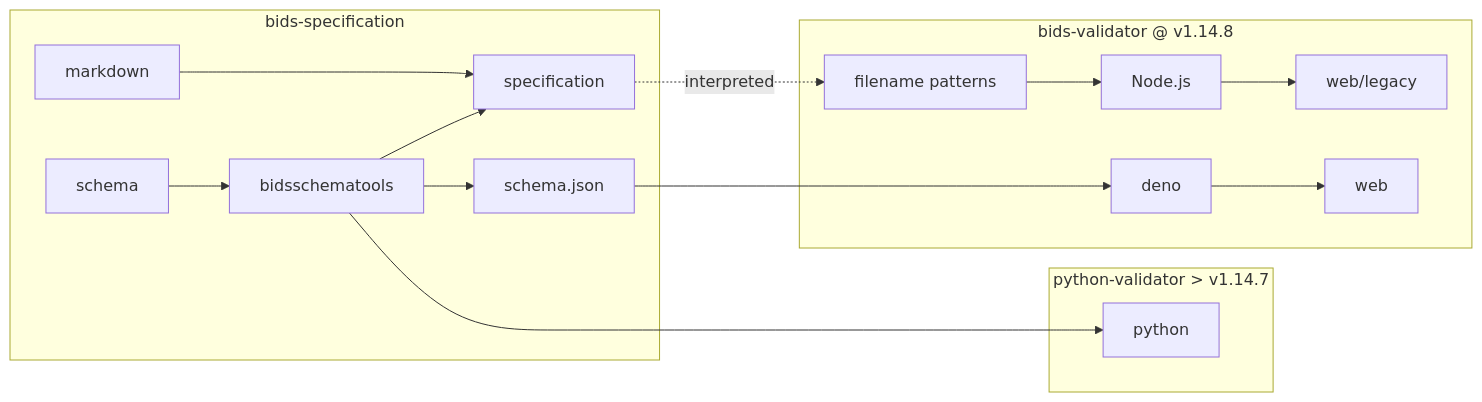
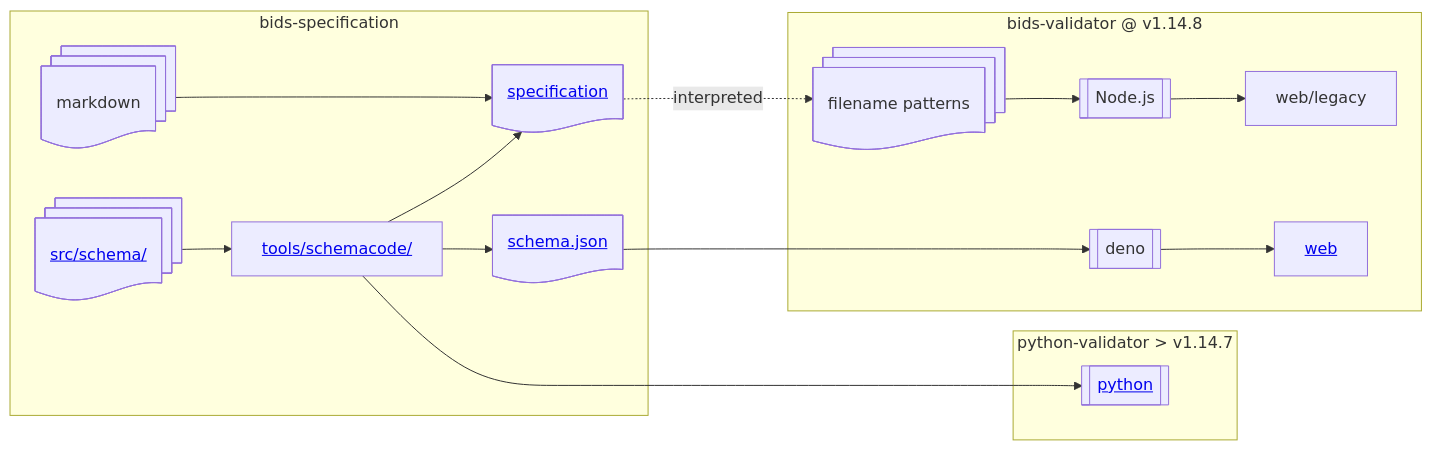
One commit to bids-standard/bids-website changed the fifth of 6 diagrams in docs/blog/posts/bids-validator-2.0.md. Above: the diagram before and after it, drawn with Mermaid. The commit also changed other lines of this file, not shown here.

Commit message:
Extend mermaid diagrams in validator blog post with HTML links and shapes (#747)

````diff
--- a/docs/blog/posts/bids-validator-2.0.md
+++ b/docs/blog/posts/bids-validator-2.0.md
@@ -328,19 +362,30 @@
 ```mermaid
 graph LR;
     subgraph bids-specification;
         markdown ---> specification
         schema --> bidsschematools --> specification & schema.json
     end
     subgraph "bids-validator @ v1.14.8";
         regex["filename patterns"] --> Node.js
         Node.js --> web/legacy
         deno --> web
     end
     subgraph "python-validator > v1.14.7";
         python
     end
 
     specification -. interpreted .-> regex
     schema.json ---> deno
     bidsschematools ----> python
+
+    markdown@{ shape: docs }
+    schema@{ label: "<a href='https://github.com/bids-standard/bids-specification/tree/v1.9.0/src/schema'>src/schema/</a>", shape: docs }
+    bidsschematools@{ label: "<a href='https://github.com/bids-standard/bids-specification/tree/v1.9.0/tools/schemacode'>tools/schemacode/</a>", shape: proc }
+    specification@{ label: "<a href='https://bids-specification.readthedocs.io'>specification</a>", shape: doc }
+    schema.json@{ label: "<a href='https://bids-specification.readthedocs.io/en/v1.9.0/schema.json'>schema.json</a>", shape: doc }
+    regex@{ shape: docs }
+    Node.js@{ shape: subproc }
+    python@{ label: "<a href='https://github.com/bids-standard/python-validator'>python</a>", shape: subproc }
+    deno@{ shape: subproc }
+    web@{ label: "<a href='https://bids-standard.github.io/bids-validator/'>web</a>", shape: rect }
 ```
````
